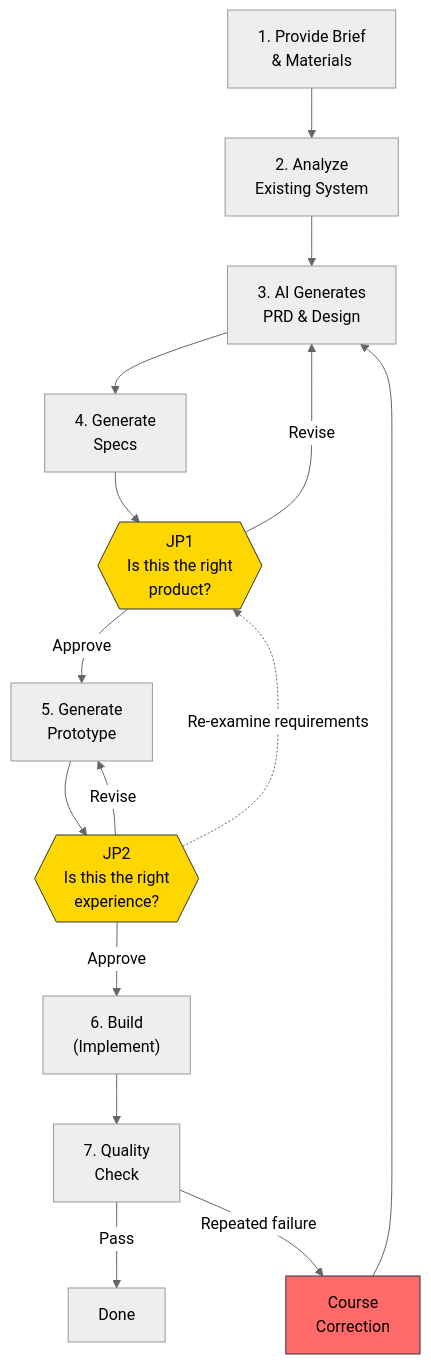
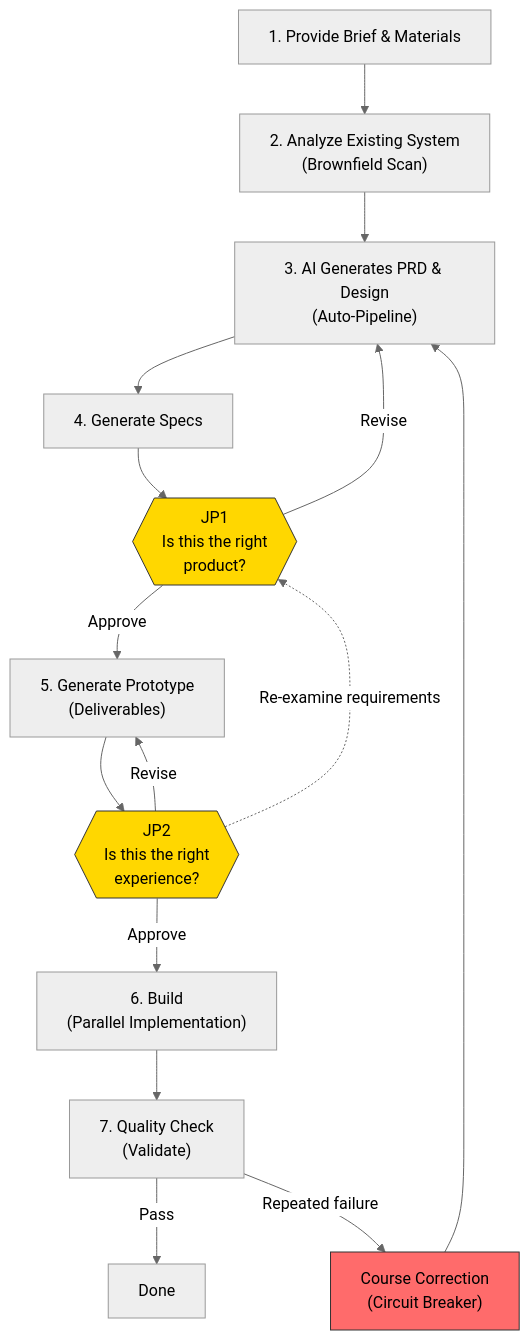
Before and after one commit to kangminlee-maker/jdd-sprint-kit: the diagram in README.md, drawn with Mermaid (neutral theme). The commit also changed 1 other file, not shown here.

Commit message:
docs: flowchart labels show both user perspective and internal terms
Format: "User Action/Result\n(Internal Term)" — user sees what they
experience first, with the system term in parentheses for reference.

````diff
--- a/README.md
+++ b/README.md
@@ -14,21 +14,21 @@
 ```mermaid
 flowchart TD
-    A["1. Provide Brief\n& Materials"] --> B["2. Analyze\nExisting System"]
-    B --> C["3. AI Generates\nPRD & Design"]
-    C --> D["4. Generate\nSpecs"]
+    A["1. Provide Brief & Materials"] --> B["2. Analyze Existing System\n(Brownfield Scan)"]
+    B --> C["3. AI Generates PRD & Design\n(Auto-Pipeline)"]
+    C --> D["4. Generate Specs"]
     D --> JP1{{"JP1\nIs this the right\nproduct?"}}
-    JP1 -->|Approve| E["5. Generate\nPrototype"]
+    JP1 -->|Approve| E["5. Generate Prototype\n(Deliverables)"]
     JP1 -->|Revise| C
     E --> JP2{{"JP2\nIs this the right\nexperience?"}}
-    JP2 -->|Approve| F["6. Build\n(Implement)"]
+    JP2 -->|Approve| F["6. Build\n(Parallel Implementation)"]
     JP2 -->|Revise| E
     JP2 -.->|Re-examine requirements| JP1
-    F --> G["7. Quality\nCheck"]
+    F --> G["7. Quality Check\n(Validate)"]
     G -->|Pass| H["Done"]
-    G -->|Repeated failure| CB["Course\nCorrection"]
+    G -->|Repeated failure| CB["Course Correction\n(Circuit Breaker)"]
     CB --> C
 
     style JP1 fill:#FFD700,stroke:#333
     style JP2 fill:#FFD700,stroke:#333
     style CB fill:#FF6B6B,stroke:#333
 ```
````
